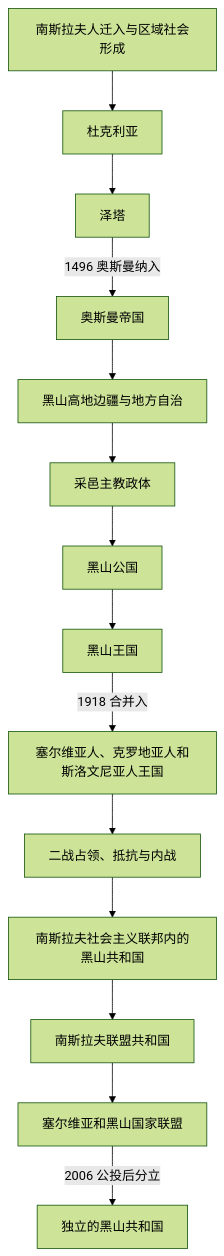
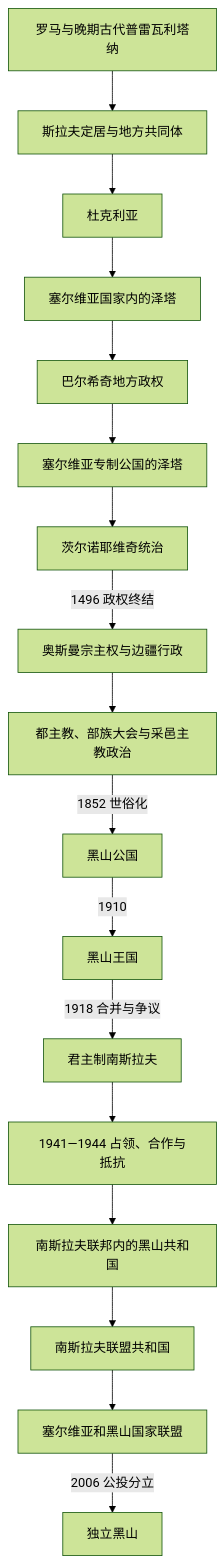
The diagram in 人文科学/历史/欧洲/东南欧与巴尔干/黑山/README.md (tianlan-dev/learning-notes), drawn with Mermaid (forest theme) before and after one commit. The commit also changed other lines of this file and 1417 other files, not shown here.

````diff
--- a/人文科学/历史/欧洲/东南欧与巴尔干/黑山/README.md
+++ b/人文科学/历史/欧洲/东南欧与巴尔干/黑山/README.md
@@ -13,16 +15,19 @@
 ```mermaid
 flowchart TD
-    SouthSlavs["南斯拉夫人迁入与区域社会形成"] --> Duklja["杜克利亚"]
-    Duklja --> Zeta["泽塔"]
-    Zeta -->|"1496 奥斯曼纳入"| Ottoman["奥斯曼帝国"]
-    Ottoman --> Border["黑山高地边疆与地方自治"]
-    Border --> PrinceBishops["采邑主教政体"]
-    PrinceBishops --> Principality["黑山公国"]
-    Principality --> Kingdom["黑山王国"]
-    Kingdom -->|"1918 合并入"| YugKingdom["塞尔维亚人、克罗地亚人和斯洛文尼亚人王国"]
-    YugKingdom --> WWII["二战占领、抵抗与内战"]
-    WWII --> SocMontenegro["南斯拉夫社会主义联邦内的黑山共和国"]
-    SocMontenegro --> FRY["南斯拉夫联盟共和国"]
+    Roman["罗马与晚期古代普雷瓦利塔纳"] --> Slavs["斯拉夫定居与地方共同体"]
+    Slavs --> Duklja["杜克利亚"]
+    Duklja --> Zeta["塞尔维亚国家内的泽塔"]
+    Zeta --> Balsic["巴尔希奇地方政权"]
+    Balsic --> Despotate["塞尔维亚专制公国的泽塔"]
+    Despotate --> Crnojevic["茨尔诺耶维奇统治"]
+    Crnojevic -->|1496 政权终结| Ottoman["奥斯曼宗主权与边疆行政"]
+    Ottoman --> Vladika["都主教、部族大会与采邑主教政治"]
+    Vladika -->|1852 世俗化| Principality["黑山公国"]
+    Principality -->|1910| Kingdom["黑山王国"]
+    Kingdom -->|1918 合并与争议| YugKingdom["君主制南斯拉夫"]
+    YugKingdom --> Occupation["1941—1944 占领、合作与抵抗"]
+    Occupation --> Socialist["南斯拉夫联邦内的黑山共和国"]
+    Socialist --> FRY["南斯拉夫联盟共和国"]
     FRY --> StateUnion["塞尔维亚和黑山国家联盟"]
-    StateUnion -->|"2006 公投后分立"| Republic["独立的黑山共和国"]
+    StateUnion -->|2006 公投分立| Republic["独立黑山"]
 ```
````
